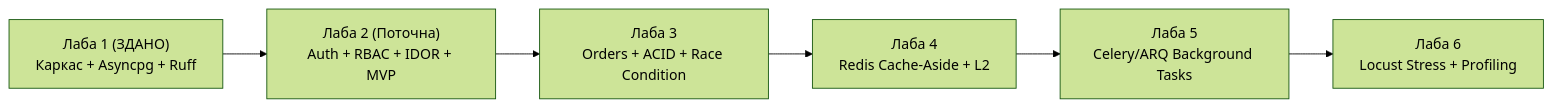
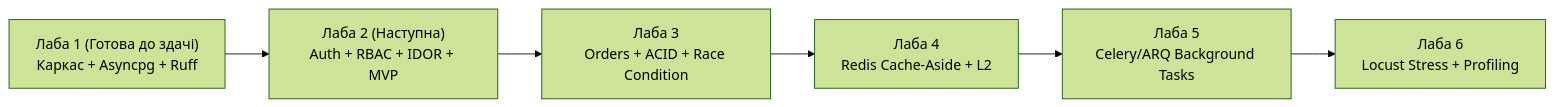
Before and after one commit to kazikSUPER/RuneDrive: the diagram in docs/PROJECT_ROADMAP.md, drawn with Mermaid (forest theme). The commit also changed other lines of this file, not shown here.

````diff
--- a/docs/PROJECT_ROADMAP.md
+++ b/docs/PROJECT_ROADMAP.md
@@ -17,8 +17,8 @@
 ```mermaid
 flowchart LR
-    L1["Лаба 1 (ЗДАНО)<br>Каркас + Asyncpg + Ruff"] --> L2["Лаба 2 (Поточна)<br>Auth + RBAC + IDOR + MVP"]
+    L1["Лаба 1 (Готова до здачі)<br>Каркас + Asyncpg + Ruff"] --> L2["Лаба 2 (Наступна)<br>Auth + RBAC + IDOR + MVP"]
     L2 --> L3["Лаба 3<br>Orders + ACID + Race Condition"]
     L3 --> L4["Лаба 4<br>Redis Cache-Aside + L2"]
     L4 --> L5["Лаба 5<br>Celery/ARQ Background Tasks"]
     L5 --> L6["Лаба 6<br>Locust Stress + Profiling"]
 ```
````
